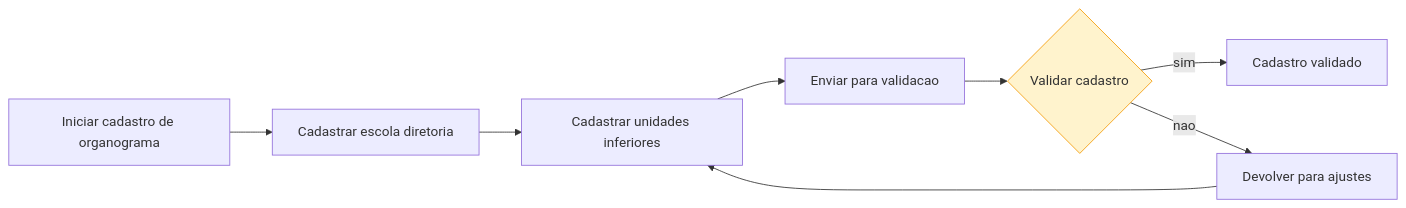
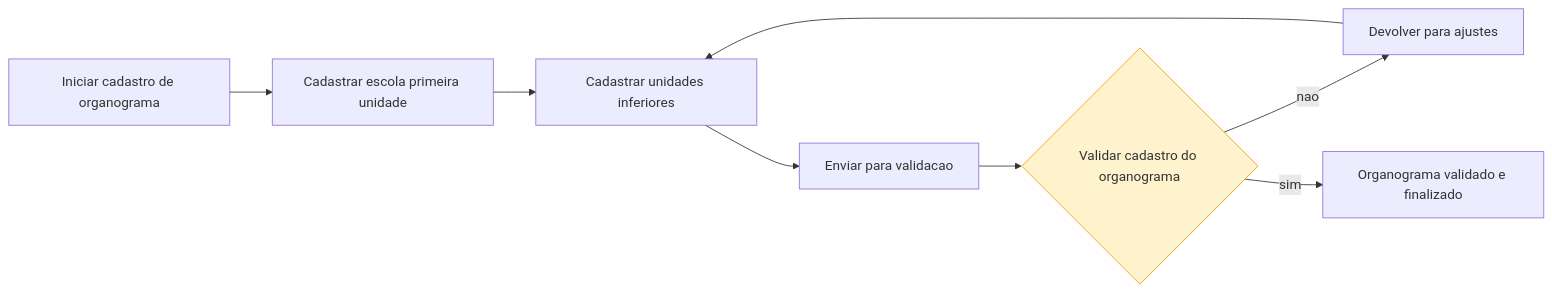
Before and after one commit to pedroregato/process2diagram: the diagram in cenario-teste/Cadastro_de_Estrutura_e_Organograma_de_Escola.mmd, drawn with Mermaid. The commit also changed 4 other files, not shown here.

```diff
--- a/cenario-teste/Cadastro_de_Estrutura_e_Organograma_de_Escola.mmd
+++ b/cenario-teste/Cadastro_de_Estrutura_e_Organograma_de_Escola.mmd
@@ -1,16 +1,16 @@
 flowchart LR
     S01["Iniciar cadastro de organograma"]
-    S02["Cadastrar escola diretoria"]
+    S02["Cadastrar escola primeira unidade"]
     S03["Cadastrar unidades inferiores"]
     S04["Enviar para validacao"]
-    S05{"Validar cadastro"}
-    S06["Cadastro validado"]
-    S07["Devolver para ajustes"]
+    S05{"Validar cadastro do organograma"}
+    S06["Devolver para ajustes"]
+    S07["Organograma validado e finalizado"]
     S01 --> S02
     S02 --> S03
     S03 --> S04
     S04 --> S05
-    S05 -->|sim| S06
-    S05 -->|nao| S07
-    S07 --> S03
+    S05 -->|nao| S06
+    S05 -->|sim| S07
+    S06 --> S03
     style S05 fill:#fff3cd,stroke:#f59e0b
```
